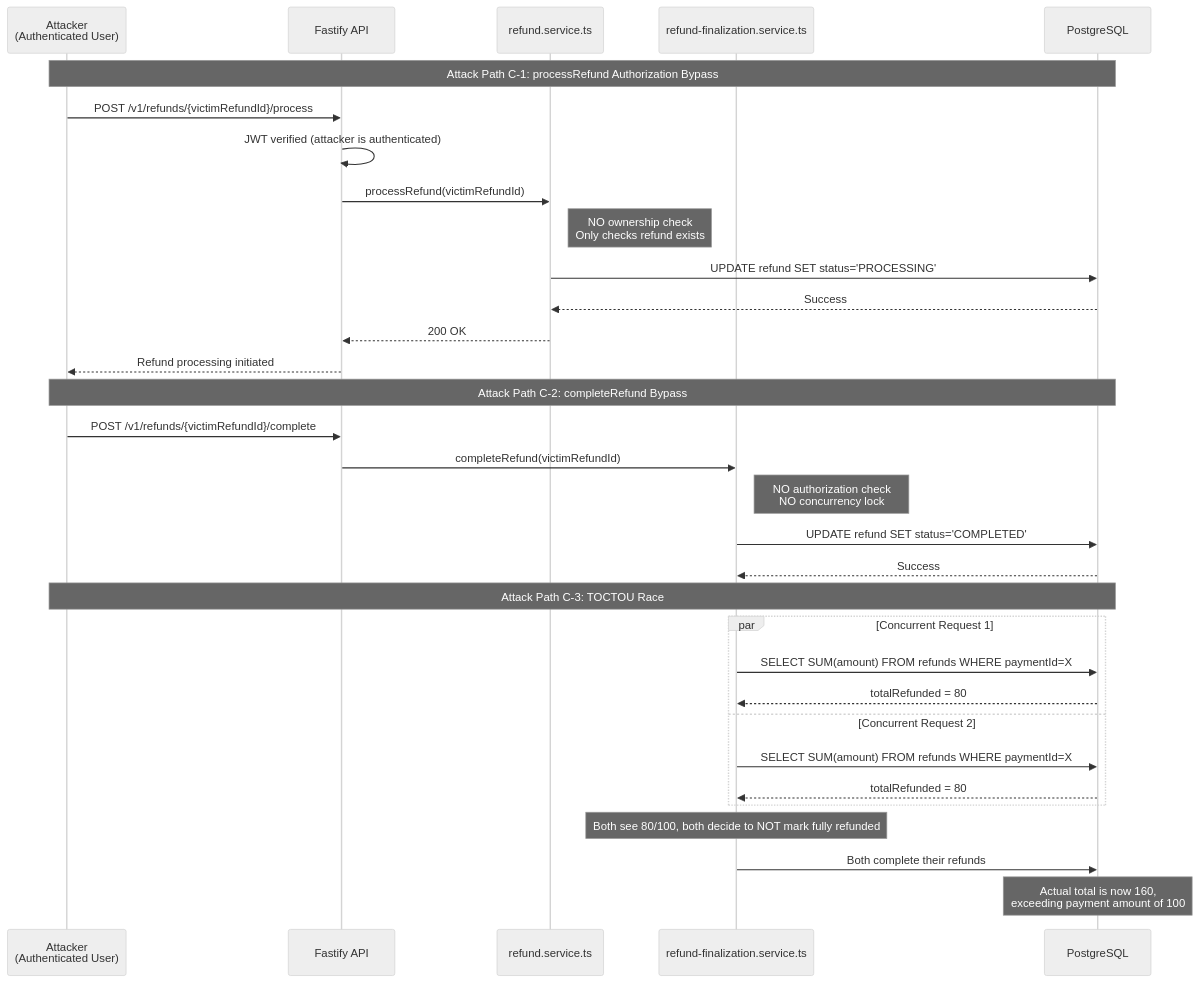
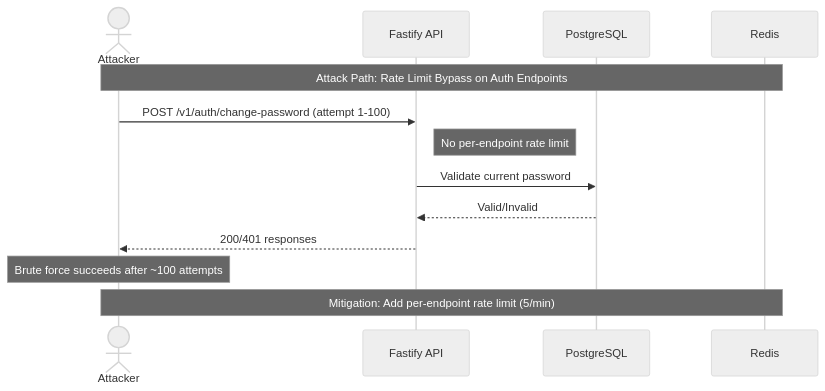
One commit to Tamoura/Claude-Code-creates-the-SW-company changed the ninth of 12 diagrams in products/stablecoin-gateway/docs/AUDIT-REPORT.md. Above: the diagram before and after it, drawn with Mermaid (neutral theme). The commit also changed other lines of this file, not shown here.

````diff
--- a/products/stablecoin-gateway/docs/AUDIT-REPORT.md
+++ b/products/stablecoin-gateway/docs/AUDIT-REPORT.md
@@ -720,40 +353,18 @@
 ```mermaid
 sequenceDiagram
-    participant Attacker as Attacker<br>(Authenticated User)
+    actor Attacker
     participant API as Fastify API
-    participant RefundSvc as refund.service.ts
-    participant RefundFin as refund-finalization.service.ts
     participant DB as PostgreSQL
+    participant Redis as Redis
 
-    Note over Attacker,DB: Attack Path C-1: processRefund Authorization Bypass
+    Note over Attacker,Redis: Attack Path: Rate Limit Bypass on Auth Endpoints
 
-    Attacker->>API: POST /v1/refunds/{victimRefundId}/process
-    API->>API: JWT verified (attacker is authenticated)
-    API->>RefundSvc: processRefund(victimRefundId)
-    Note right of RefundSvc: NO ownership check<br>Only checks refund exists
-    RefundSvc->>DB: UPDATE refund SET status='PROCESSING'
-    DB-->>RefundSvc: Success
-    RefundSvc-->>API: 200 OK
-    API-->>Attacker: Refund processing initiated
+    Attacker->>API: POST /v1/auth/change-password (attempt 1-100)
+    Note right of API: No per-endpoint rate limit
+    API->>DB: Validate current password
+    DB-->>API: Valid/Invalid
+    API-->>Attacker: 200/401 responses
+    Note over Attacker: Brute force succeeds after ~100 attempts
 
-    Note over Attacker,DB: Attack Path C-2: completeRefund Bypass
-
-    Attacker->>API: POST /v1/refunds/{victimRefundId}/complete
-    API->>RefundFin: completeRefund(victimRefundId)
-    Note right of RefundFin: NO authorization check<br>NO concurrency lock
-    RefundFin->>DB: UPDATE refund SET status='COMPLETED'
-    DB-->>RefundFin: Success
-
-    Note over Attacker,DB: Attack Path C-3: TOCTOU Race
-
-    par Concurrent Request 1
-        RefundFin->>DB: SELECT SUM(amount) FROM refunds WHERE paymentId=X
-        DB-->>RefundFin: totalRefunded = 80
-    and Concurrent Request 2
-        RefundFin->>DB: SELECT SUM(amount) FROM refunds WHERE paymentId=X
-        DB-->>RefundFin: totalRefunded = 80
-    end
-    Note over RefundFin: Both see 80/100, both decide to NOT mark fully refunded
-    RefundFin->>DB: Both complete their refunds
-    Note over DB: Actual total is now 160,<br>exceeding payment amount of 100
+    Note over Attacker,Redis: Mitigation: Add per-endpoint rate limit (5/min)
 ```
````
